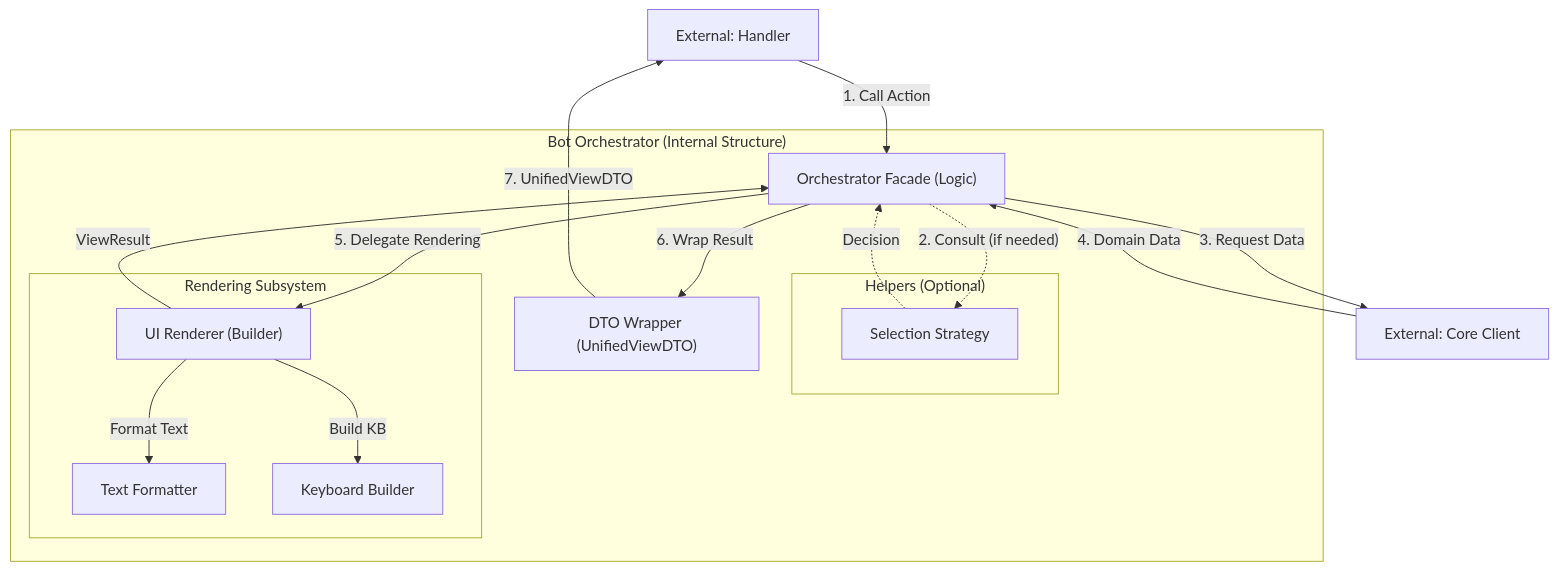
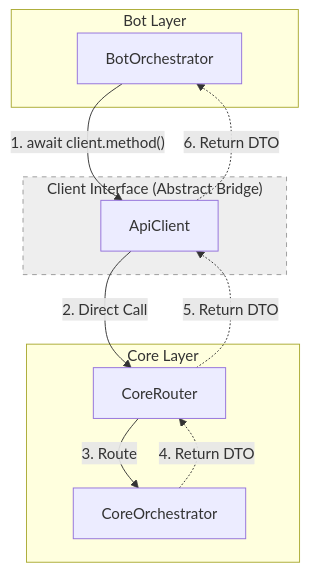
Before and after one commit to CodexDLC/telegram_bot_rpg: the third of 7 diagrams in docs/dis_docs/05_diagrams/01_Architecture_Overview.md, drawn with Mermaid. The commit also changed other lines of this file and 37 other files, not shown here.

````diff
--- a/docs/dis_docs/05_diagrams/01_Architecture_Overview.md
+++ b/docs/dis_docs/05_diagrams/01_Architecture_Overview.md
@@ -75,40 +72,30 @@
 ```mermaid
 graph TD
-    %% --- EXTERNAL ---
-    Handler["External: Handler"]
-    Client["External: Core Client"]
+    %% --- TOP: BOT ---
+    subgraph Bot_Layer ["Bot Layer"]
+        BotOrch["BotOrchestrator"]
+    end
 
-    %% --- ORCHESTRATOR INTERNAL SCOPE ---
-    subgraph Orchestrator_Scope ["Bot Orchestrator (Internal Structure)"]
-        Facade["Orchestrator Facade (Logic)"]
-        
-        subgraph Helpers ["Helpers (Optional)"]
-            Strategy["Selection Strategy"]
-        end
-        
-        subgraph Rendering ["Rendering Subsystem"]
-            UIRenderer["UI Renderer (Builder)"]
-            Formatter1["Text Formatter"]
-            Formatter2["Keyboard Builder"]
-        end
-        
-        Wrapper["DTO Wrapper (UnifiedViewDTO)"]
+    %% --- MIDDLE: CLIENT (The Bridge) ---
+    subgraph Client_Interface ["Client Interface (Abstract Bridge)"]
+        style Client_Interface fill:#eee,stroke:#999,stroke-dasharray: 5 5
+        ApiClient["ApiClient"]
+    end
+
+    %% --- BOTTOM: CORE ---
+    subgraph Core_Layer ["Core Layer"]
+        CoreRouter["CoreRouter"]
+        CoreOrch["CoreOrchestrator"]
     end
 
     %% --- FLOW ---
-    Handler -->|"1. Call Action"| Facade
+    BotOrch -->|"1. await client.method()"| ApiClient
     
-    Facade -.->|"2. Consult (if needed)"| Strategy
-    Strategy -.->|"Decision"| Facade
+    ApiClient -->|"2. Direct Call"| CoreRouter
+    CoreRouter -->|"3. Route"| CoreOrch
     
-    Facade -->|"3. Request Data"| Client
-    Client -->|"4. Domain Data"| Facade
+    CoreOrch -.->|"4. Return DTO"| CoreRouter
+    CoreRouter -.->|"5. Return DTO"| ApiClient
     
-    Facade -->|"5. Delegate Rendering"| UIRenderer
-    UIRenderer -->|"Format Text"| Formatter1
-    UIRenderer -->|"Build KB"| Formatter2
-    UIRenderer -->|"ViewResult"| Facade
-    
-    Facade -->|"6. Wrap Result"| Wrapper
-    Wrapper -->|"7. UnifiedViewDTO"| Handler
+    ApiClient -.->|"6. Return DTO"| BotOrch
 ```
````
